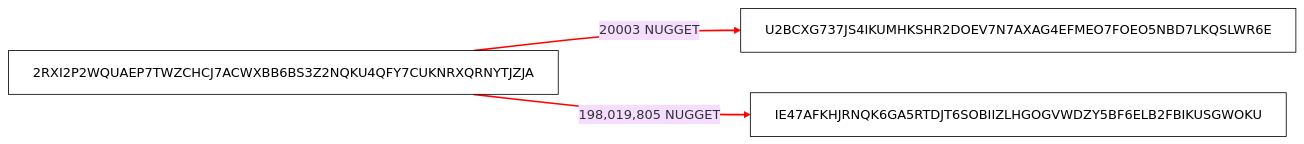
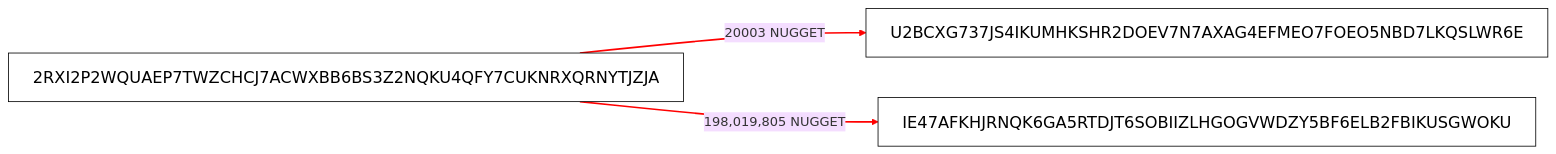
One commit to chopmob-cloud/Nugget changed the second of 2 diagrams in 2RXI2P2WQUAEP7TWZCHCJ7ACWXBB6BS3Z2NQKU4QFY7CUKNRXQRNYTJZJA/Flow.md. Above: the diagram before and after it, drawn with Mermaid (base theme). The commit also changed other lines of this file, not shown here.

Commit message:
Increase font size for wallet class in Flow.md

````diff
--- a/2RXI2P2WQUAEP7TWZCHCJ7ACWXBB6BS3Z2NQKU4QFY7CUKNRXQRNYTJZJA/Flow.md
+++ b/2RXI2P2WQUAEP7TWZCHCJ7ACWXBB6BS3Z2NQKU4QFY7CUKNRXQRNYTJZJA/Flow.md
@@ -14,14 +14,14 @@
 ```mermaid
 flowchart LR
 
     2RXI2P2WQUAEP7TWZCHCJ7ACWXBB6BS3Z2NQKU4QFY7CUKNRXQRNYTJZJA -->|20003 NUGGET| U2BCXG737JS4IKUMHKSHR2DOEV7N7AXAG4EFMEO7FOEO5NBD7LKQSLWR6E
     2RXI2P2WQUAEP7TWZCHCJ7ACWXBB6BS3Z2NQKU4QFY7CUKNRXQRNYTJZJA -->|198,019,805 NUGGET| IE47AFKHJRNQK6GA5RTDJT6SOBIIZLHGOGVWDZY5BF6ELB2FBIKUSGWOKU
 
     class 2RXI2P2WQUAEP7TWZCHCJ7ACWXBB6BS3Z2NQKU4QFY7CUKNRXQRNYTJZJA wallet
     class U2BCXG737JS4IKUMHKSHR2DOEV7N7AXAG4EFMEO7FOEO5NBD7LKQSLWR6E wallet
     class IE47AFKHJRNQK6GA5RTDJT6SOBIIZLHGOGVWDZY5BF6ELB2FBIKUSGWOKU wallet
 
-    classDef wallet fill:#ffffff,stroke:#000000,color:#000000,font-size:16px;
+    classDef wallet fill:#ffffff,stroke:#000000,color:#000000,font-size:20px;
     linkStyle 0 stroke:#ff0000,stroke-width:2px;
     linkStyle 1 stroke:#ff0000,stroke-width:2px;
 ```
````
